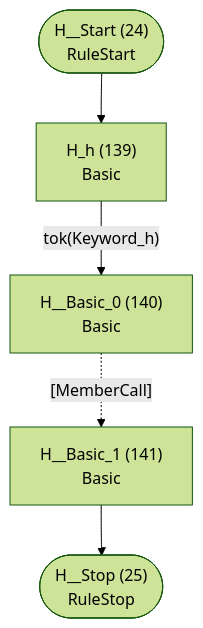
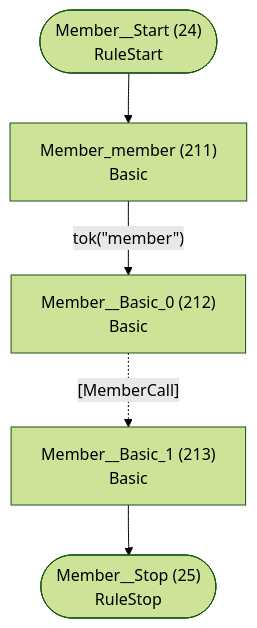
Before and after one commit to TypeFox/fastbelt: diagram 13 of 46 in internal/languages/completion/atn.md, drawn with Mermaid (forest theme). The commit also changed other lines of this file and 58 other files, not shown here.

````diff
--- a/internal/languages/completion/atn.md
+++ b/internal/languages/completion/atn.md
@@ -333,13 +398,13 @@
 ```mermaid
 flowchart TD
-    q24(["H__Start (24)<br/>RuleStart"])
-    q25(["H__Stop (25)<br/>RuleStop"])
-    q139["H_h (139)<br/>Basic<br/>"]
-    q140["H__Basic_0 (140)<br/>Basic<br/>"]
-    q141["H__Basic_1 (141)<br/>Basic<br/>"]
+    q24(["Member__Start (24)<br/>RuleStart"])
+    q25(["Member__Stop (25)<br/>RuleStop"])
+    q211["Member_member (211)<br/>Basic<br/>"]
+    q212["Member__Basic_0 (212)<br/>Basic<br/>"]
+    q213["Member__Basic_1 (213)<br/>Basic<br/>"]
 
-    q24 --> q139
-    q139 -->|"tok(Keyword_h)"| q140
-    q140 -.->|"[MemberCall]"| q141
-    q141 --> q25
+    q24 --> q211
+    q211 -->|"tok(&quot;member&quot;)"| q212
+    q212 -.->|"[MemberCall]"| q213
+    q213 --> q25
 ```
````
